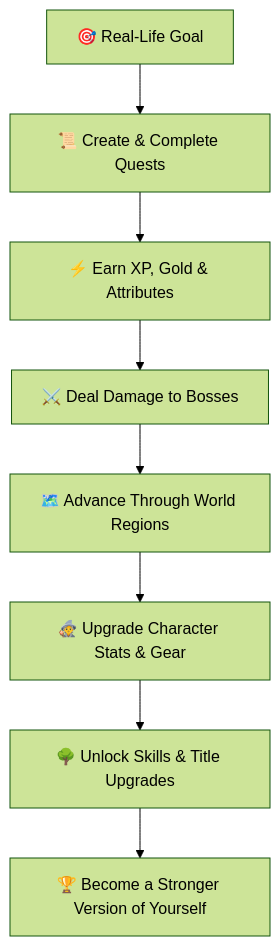
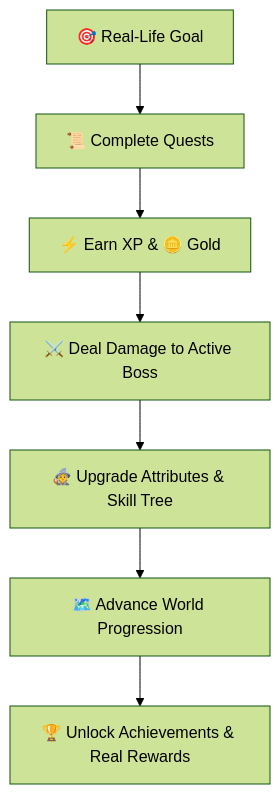
Before and after one commit to drax-glitch/hustle: the diagram in README.md, drawn with Mermaid (forest theme). The commit also changed other lines of this file, not shown here.

````diff
--- a/README.md
+++ b/README.md
@@ -43,10 +89,9 @@
 ```mermaid
 flowchart TD
-    A[🎯 Real-Life Goal] --> B[📜 Create & Complete Quests]
-    B --> C[⚡ Earn XP, Gold & Attributes]
-    C --> D[⚔️ Deal Damage to Bosses]
-    D --> E[🗺️ Advance Through World Regions]
-    E --> F[🧙 Upgrade Character Stats & Gear]
-    F --> G[🌳 Unlock Skills & Title Upgrades]
-    G --> H[🏆 Become a Stronger Version of Yourself]
+    A[🎯 Real-Life Goal] --> B[📜 Complete Quests]
+    B --> C[⚡ Earn XP & 🪙 Gold]
+    C --> D[⚔️ Deal Damage to Active Boss]
+    D --> E[🧙 Upgrade Attributes & Skill Tree]
+    E --> F[🗺️ Advance World Progression]
+    F --> G[🏆 Unlock Achievements & Real Rewards]
 ```
````
